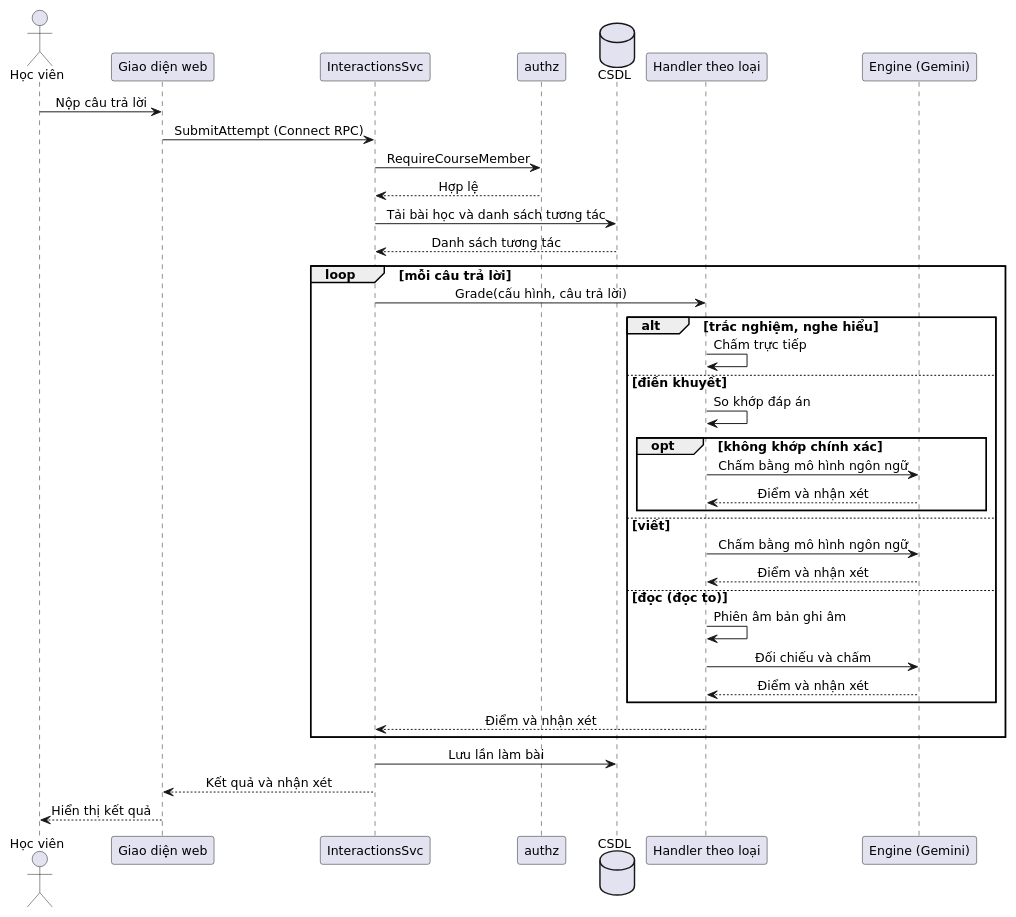
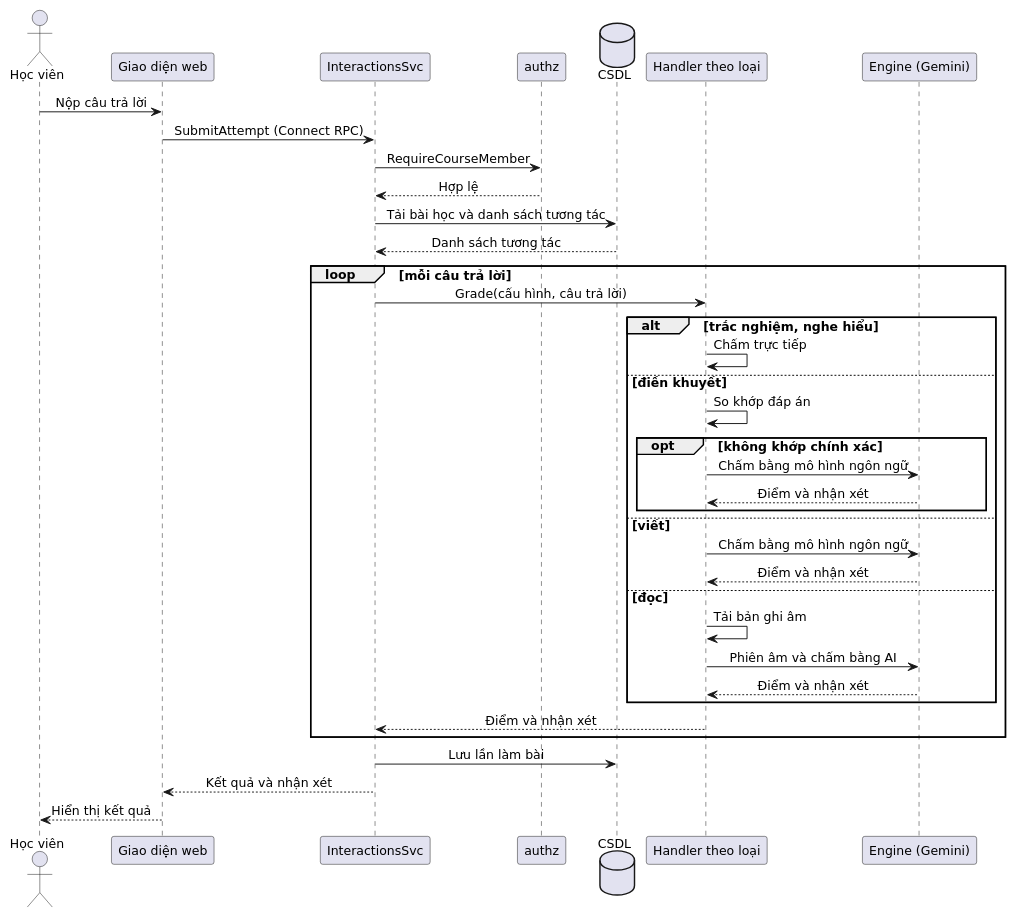
Before and after one commit to tuyennguyentech/bachelor-thesis: the diagram in tex/main/Hinhve/chuong_4/seq_nopbai.puml, drawn with PlantUML. The commit also changed 6 other files, not shown here.

```diff
--- a/tex/main/Hinhve/chuong_4/seq_nopbai.puml
+++ b/tex/main/Hinhve/chuong_4/seq_nopbai.puml
@@ -1,44 +1,44 @@
 @startuml seq_nopbai
 skinparam shadowing false
 skinparam defaultFontName "DejaVu Sans"
 skinparam defaultFontSize 13
 skinparam sequenceMessageAlign center
 
 actor "Học viên" as U
 participant "Giao diện web" as W
 participant "InteractionsSvc" as I
 participant "authz" as Z
 database "CSDL" as DB
 participant "Handler theo loại" as H
 participant "Engine (Gemini)" as E
 
 U -> W : Nộp câu trả lời
 W -> I : SubmitAttempt (Connect RPC)
 I -> Z : RequireCourseMember
 Z --> I : Hợp lệ
 I -> DB : Tải bài học và danh sách tương tác
 DB --> I : Danh sách tương tác
 loop mỗi câu trả lời
   I -> H : Grade(cấu hình, câu trả lời)
   alt trắc nghiệm, nghe hiểu
     H -> H : Chấm trực tiếp
   else điền khuyết
     H -> H : So khớp đáp án
     opt không khớp chính xác
       H -> E : Chấm bằng mô hình ngôn ngữ
       E --> H : Điểm và nhận xét
     end
   else viết
     H -> E : Chấm bằng mô hình ngôn ngữ
     E --> H : Điểm và nhận xét
-  else đọc (đọc to)
-    H -> H : Phiên âm bản ghi âm
-    H -> E : Đối chiếu và chấm
+  else đọc
+    H -> H : Tải bản ghi âm
+    H -> E : Phiên âm và chấm bằng AI
     E --> H : Điểm và nhận xét
   end
   H --> I : Điểm và nhận xét
 end
 I -> DB : Lưu lần làm bài
 I --> W : Kết quả và nhận xét
 W --> U : Hiển thị kết quả
 @enduml
```
